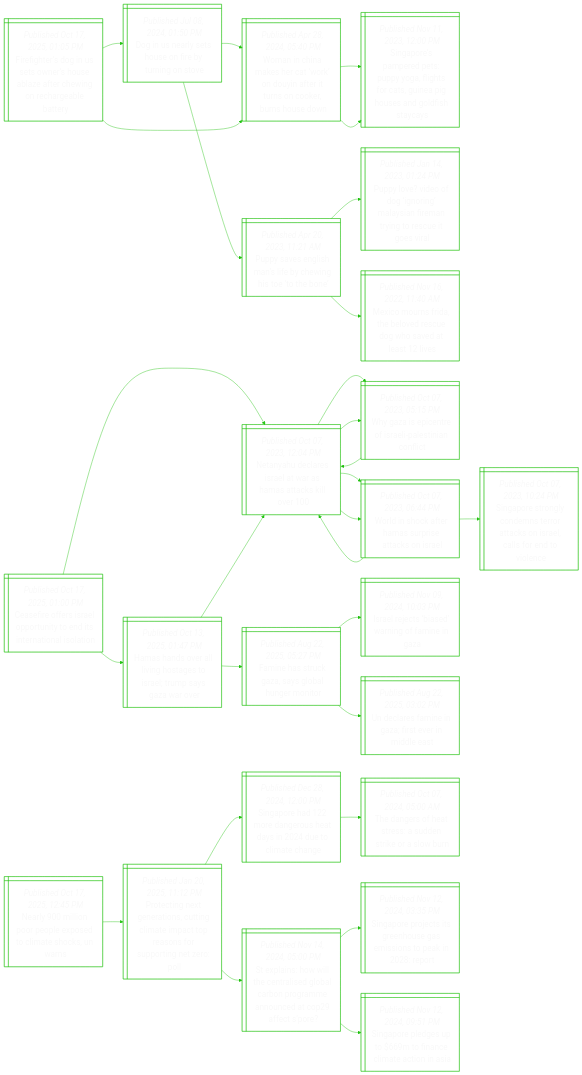
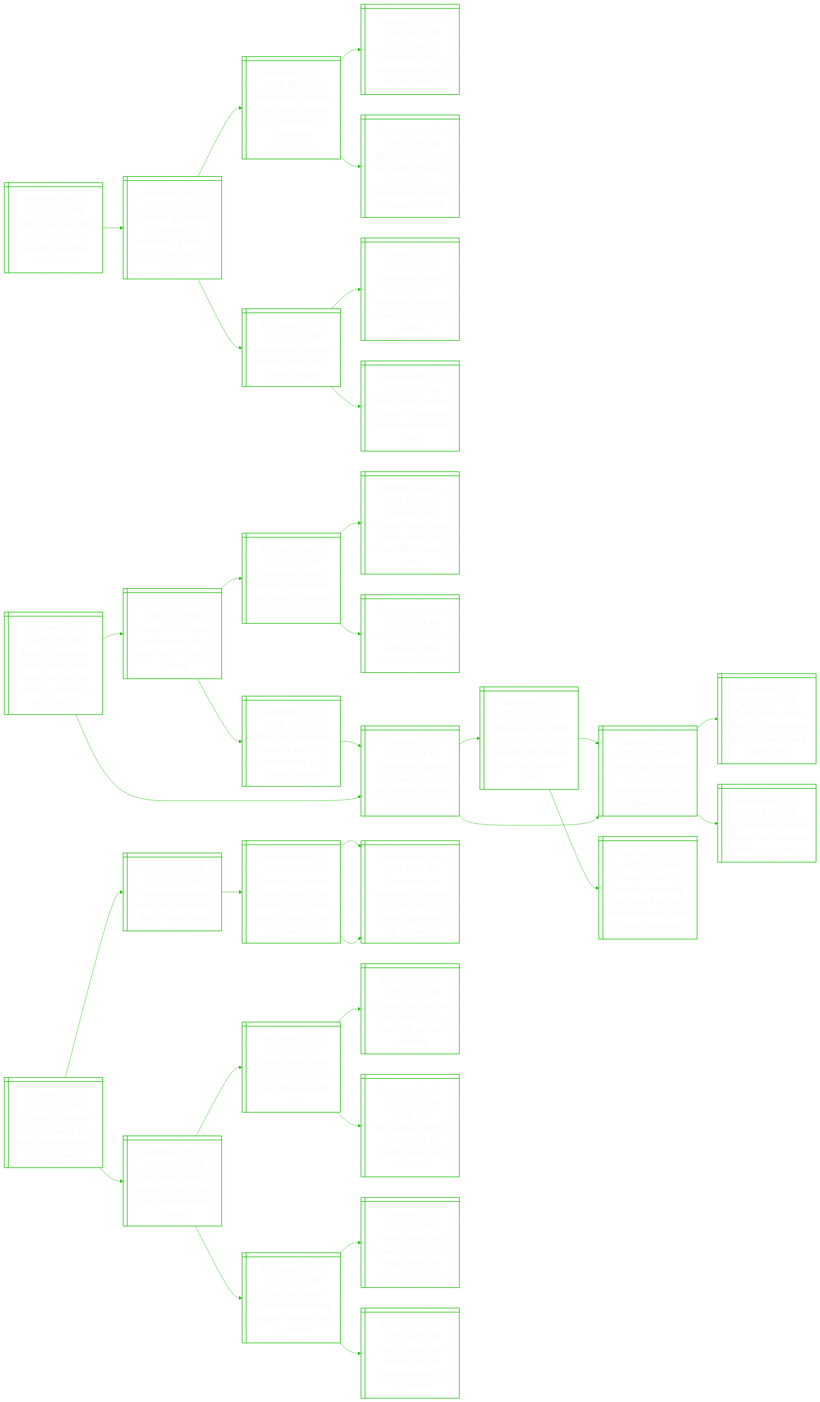
The diagram in README.md (notJmes/notJmes), drawn with Mermaid before and after one commit. The commit also changed other lines of this file, not shown here.

````diff
--- a/README.md
+++ b/README.md
@@ -16,97 +16,109 @@
 flowchart LR
 classDef txtsize font-size:20px;
 
-Firienobacnegee@{ shape: win-pane, label: "_Published Oct 17, 2025, 01:05 PM_
-Firefighter’s dog in us sets owner’s house ablaze after chewing on rechargeable battery" }
-DUrtsitnt@{ shape: win-pane, label: "_Published Jul 08, 2024, 01:50 PM_
-Dog in us nearly sets house on fire by turning on stove" }
-Winecroainobhd@{ shape: win-pane, label: "_Published Apr 28, 2024, 05:40 PM_
-Woman in china makes her cat ‘work’ on douyin after it turns on cooker, burns house down" }
-Spprtpahrgaoalhc@{ shape: win-pane, label: "_Published Nov 11, 2023, 12:00 PM_
-Singapore’s pampered pets: puppy yoga, flights for cats, guinea pig houses and goldfish staycays" }
-PsEssbwitb@{ shape: win-pane, label: "_Published Apr 20, 2023, 11:21 AM_
-Puppy saves english man’s life by chewing his toe ‘to the bone’" }
-Plifgnanmyouor@{ shape: win-pane, label: "_Published Jan 14, 2023, 01:24 PM_
-Puppy love? video of dog ‘ignoring’ malaysian fireman trying to rescue it goes viral" }
-Mondbecgatts@{ shape: win-pane, label: "_Published Nov 16, 2022, 11:40 AM_
-Mexico mourns frida, the beloved rescue dog who saved at least 12 lives" }
-Winecroainobhd@{ shape: win-pane, label: "_Published Apr 28, 2024, 05:40 PM_
-Woman in china makes her cat ‘work’ on douyin after it turns on cooker, burns house down" }
-Spprtpahrgaoalhc@{ shape: win-pane, label: "_Published Nov 11, 2023, 12:00 PM_
-Singapore’s pampered pets: puppy yoga, flights for cats, guinea pig houses and goldfish staycays" }
+VaiiatweActc@{ shape: win-pane, label: "_Published Oct 17, 2025, 07:31 PM_
+Vatican visit by king charles to show closening anglican-catholic ties" }
+Wanrsfeytffecnd@{ shape: win-pane, label: "_Published Oct 03, 2025, 05:12 PM_
+Woman appointed archbishop of canterbury a historic first for the church of england" }
+TmerusdchCrann@{ shape: win-pane, label: "_Published Oct 01, 2025, 10:49 PM_
+Two women seen as front runners ahead of archbishop of canterbury announcement" }
+Aiotrtlsobcl@{ shape: win-pane, label: "_Published Nov 12, 2024, 10:09 PM_
+Archbishop of canterbury justin welby resigns over abuse scandal" }
+BpvoufaanantCeo@{ shape: win-pane, label: "_Published Jan 29, 2025, 04:08 AM_
+Bishop of liverpool accused of sexual assault and harassment, britain’s channel 4 reports" }
+VaupfdeIri@{ shape: win-pane, label: "_Published Oct 03, 2025, 11:05 AM_
+Virtual jesus? people of faith divided as ai enters religion" }
+BnoutuBtonweln@{ shape: win-pane, label: "_Published Feb 14, 2025, 11:49 AM_
+Bhutanese monks, nuns to test buddhabot ai tool to expand knowledge in religion" }
+SchiJipctsha@{ shape: win-pane, label: "_Published Nov 20, 2024, 11:00 PM_
+Swiss church unveils ‘ai jesus’ in art project that melds faith and data" }
 
-Firienobacnegee:::txtsize --> DUrtsitnt:::txtsize
-DUrtsitnt:::txtsize --> Winecroainobhd:::txtsize
-Winecroainobhd:::txtsize --> Spprtpahrgaoalhc:::txtsize
-DUrtsitnt:::txtsize --> PsEssbwitb:::txtsize
-PsEssbwitb:::txtsize --> Plifgnanmyouor:::txtsize
-PsEssbwitb:::txtsize --> Mondbecgatts:::txtsize
-Firienobacnegee:::txtsize --> Winecroainobhd:::txtsize
-Winecroainobhd:::txtsize --> Spprtpahrgaoalhc:::txtsize
+VaiiatweActc:::txtsize --> Wanrsfeytffecnd:::txtsize
+Wanrsfeytffecnd:::txtsize --> TmerusdchCrann:::txtsize
+TmerusdchCrann:::txtsize --> Aiotrtlsobcl:::txtsize
+TmerusdchCrann:::txtsize --> BpvoufaanantCeo:::txtsize
+Wanrsfeytffecnd:::txtsize --> VaupfdeIri:::txtsize
+VaupfdeIri:::txtsize --> BnoutuBtonweln:::txtsize
+VaupfdeIri:::txtsize --> SchiJipctsha:::txtsize
 
-CffIlrtninnoo@{ shape: win-pane, label: "_Published Oct 17, 2025, 01:00 PM_
-Ceasefire offers israel opportunity to end its international isolation" }
-NyeeawHakl@{ shape: win-pane, label: "_Published Oct 07, 2023, 12:04 PM_
-Netanyahu declares israel at war as hamas attacks kill over 100" }
-WzptIleint@{ shape: win-pane, label: "_Published Oct 07, 2023, 05:15 PM_
-Why gaza is epicentre of israeli-palestinian conflict" }
-NyeeawHakl@{ shape: win-pane, label: "_Published Oct 07, 2023, 12:04 PM_
-Netanyahu declares israel at war as hamas attacks kill over 100" }
-Wiceapaks@{ shape: win-pane, label: "_Published Oct 07, 2023, 06:44 PM_
-World in shock after hamas surprise attacks on israel" }
-NyeeawHakl@{ shape: win-pane, label: "_Published Oct 07, 2023, 12:04 PM_
-Netanyahu declares israel at war as hamas attacks kill over 100" }
-SptldtrcIlsnic@{ shape: win-pane, label: "_Published Oct 07, 2023, 10:24 PM_
-Singapore strongly condemns terror attacks on israel, calls for end to violence" }
-Hholissrrazo@{ shape: win-pane, label: "_Published Oct 13, 2025, 01:47 PM_
-Hamas hands over all living hostages to israel; trump says gaza war over" }
-NyeeawHakl@{ shape: win-pane, label: "_Published Oct 07, 2023, 12:04 PM_
-Netanyahu declares israel at war as hamas attacks kill over 100" }
-WzptIleint@{ shape: win-pane, label: "_Published Oct 07, 2023, 05:15 PM_
-Why gaza is epicentre of israeli-palestinian conflict" }
-Wiceapaks@{ shape: win-pane, label: "_Published Oct 07, 2023, 06:44 PM_
-World in shock after hamas surprise attacks on israel" }
-FetGaoumo@{ shape: win-pane, label: "_Published Aug 22, 2025, 05:27 PM_
-Famine has struck gaza, says global hunger monitor" }
-Ilcaagmn@{ shape: win-pane, label: "_Published Nov 09, 2024, 10:03 PM_
-Israel rejects ‘biased’ warning of famine in gaza" }
-Ulfezsrda@{ shape: win-pane, label: "_Published Aug 22, 2025, 03:02 PM_
-Un declares famine in gaza; first ever in middle east" }
+Kisnpihniwbelds@{ shape: win-pane, label: "_Published Oct 17, 2025, 06:50 PM_
+Kremlin says putin-trump summit may happen within two weeks, but there’s a lot to do first" }
+Tttndtrttcke@{ shape: win-pane, label: "_Published Oct 16, 2025, 11:15 PM_
+Trump to meet putin in budapest after ‘great’ call to discuss ukraine" }
+Twarntceydtpni@{ shape: win-pane, label: "_Published Aug 16, 2025, 11:00 AM_
+Takeaways: warm words contrast with cold reality of no deal at trump-putin summit" }
+TaeaZsmdisfegn@{ shape: win-pane, label: "_Published Aug 16, 2025, 07:20 AM_
+Trump advises ukraine’s zelensky to ‘make a deal’ with russia after meeting putin" }
+Hioittrihp@{ shape: win-pane, label: "_Published Aug 16, 2025, 08:34 AM_
+Highlights of putin statement after summit with trump" }
+Wramldirieke@{ shape: win-pane, label: "_Published Oct 15, 2025, 08:35 PM_
+What are tomahawk missiles and why might trump give them to ukraine?" }
+TmpTasskesour@{ shape: win-pane, label: "_Published Oct 13, 2025, 06:24 AM_
+Trump may approve tomahawk missiles for ukraine if russia continues war" }
+TmpTasskesour@{ shape: win-pane, label: "_Published Oct 13, 2025, 06:24 AM_
+Trump may approve tomahawk missiles for ukraine if russia continues war" }
+UnltRaispdmkieks@{ shape: win-pane, label: "_Published Oct 12, 2025, 09:49 PM_
+Ukraine will not strike russian civilians if us provides tomahawk missiles, zelensky says" }
+Tsedtwiloaml@{ shape: win-pane, label: "_Published Oct 07, 2025, 05:52 AM_
+Trump says he would want to know ukraine’s plans for tomahawk missiles" }
+RadoamlurSstaanae@{ shape: win-pane, label: "_Published Oct 08, 2025, 06:17 PM_
+Russia will destroy tomahawk missiles, launchers if us gives them to ukraine, says senior lawmaker" }
+Tsedtwiloaml@{ shape: win-pane, label: "_Published Oct 07, 2025, 05:52 AM_
+Trump says he would want to know ukraine’s plans for tomahawk missiles" }
+Tsuoolrnssai@{ shape: win-pane, label: "_Published Oct 06, 2025, 02:01 AM_
+Trump says putin’s offer on nuclear arms control ‘sounds like a good idea’" }
+Uamlpsrueus@{ shape: win-pane, label: "_Published Oct 03, 2025, 03:15 AM_
+Us tomahawk missile shipments to ukraine unlikely, sources say" }
 
-CffIlrtninnoo:::txtsize --> NyeeawHakl:::txtsize
-NyeeawHakl:::txtsize --> WzptIleint:::txtsize
-WzptIleint:::txtsize --> NyeeawHakl:::txtsize
-NyeeawHakl:::txtsize --> Wiceapaks:::txtsize
-Wiceapaks:::txtsize --> NyeeawHakl:::txtsize
-Wiceapaks:::txtsize --> SptldtrcIlsnic:::txtsize
-CffIlrtninnoo:::txtsize --> Hholissrrazo:::txtsize
-Hholissrrazo:::txtsize --> NyeeawHakl:::txtsize
-NyeeawHakl:::txtsize --> WzptIleint:::txtsize
-NyeeawHakl:::txtsize --> Wiceapaks:::txtsize
-Hholissrrazo:::txtsize --> FetGaoumo:::txtsize
-FetGaoumo:::txtsize --> Ilcaagmn:::txtsize
-FetGaoumo:::txtsize --> Ulfezsrda:::txtsize
+Kisnpihniwbelds:::txtsize --> Tttndtrttcke:::txtsize
+Tttndtrttcke:::txtsize --> Twarntceydtpni:::txtsize
+Twarntceydtpni:::txtsize --> TaeaZsmdisfegn:::txtsize
+Twarntceydtpni:::txtsize --> Hioittrihp:::txtsize
+Tttndtrttcke:::txtsize --> Wramldirieke:::txtsize
+Wramldirieke:::txtsize --> TmpTasskesour:::txtsize
+Kisnpihniwbelds:::txtsize --> TmpTasskesour:::txtsize
+TmpTasskesour:::txtsize --> UnltRaispdmkieks:::txtsize
+UnltRaispdmkieks:::txtsize --> Tsedtwiloaml:::txtsize
+UnltRaispdmkieks:::txtsize --> RadoamlurSstaanae:::txtsize
+TmpTasskesour:::txtsize --> Tsedtwiloaml:::txtsize
+Tsedtwiloaml:::txtsize --> Tsuoolrnssai:::txtsize
+Tsedtwiloaml:::txtsize --> Uamlpsrueus:::txtsize
 
-NyiopptmhUn@{ shape: win-pane, label: "_Published Oct 17, 2025, 12:45 PM_
-Nearly 900 million poor people exposed to climate shocks, un warns" }
-PcnetcnmmtafpitP@{ shape: win-pane, label: "_Published Jan 20, 2025, 11:12 PM_
-Protecting next generations, cutting climate impact top reasons for supporting net zero: poll" }
-Spaeehadctn@{ shape: win-pane, label: "_Published Dec 28, 2024, 12:00 PM_
-Singapore had 122 more dangerous heat days in 2024 due to climate change" }
-Tnotsdtoon@{ shape: win-pane, label: "_Published Oct 07, 2024, 05:00 AM_
-The dangers of heat stress: a sudden strike or a slow burn" }
-SlHlcadabomodPcr@{ shape: win-pane, label: "_Published Nov 14, 2024, 05:00 PM_
-St explains: how will the centralised global carbon programme announced at cop29 affect s’pore?" }
-SprtghgineRt@{ shape: win-pane, label: "_Published Nov 12, 2024, 03:35 PM_
-Singapore projects its greenhouse gas emissions to peak in 2028: report" }
-SplsmnctiA@{ shape: win-pane, label: "_Published Nov 12, 2024, 09:51 PM_
-Singapore pledges up to $669m to finance climate action in asia" }
+Useotgdscfuee@{ shape: win-pane, label: "_Published Oct 17, 2025, 06:35 PM_
+Un says 560 tonnes of food entering gaza daily since ceasefire, but more needed" }
+Tdrzooetum@{ shape: win-pane, label: "_Published Oct 13, 2025, 05:59 AM_
+Trump declares gaza war ‘over’; hostages due to return home" }
+AtHfezerydatoGel@{ shape: win-pane, label: "_Published Sep 30, 2025, 06:45 AM_
+Amnesty for hamas fighters, gaza to be governed by ‘board of peace’: details of the gaza peace plan" }
+Tseaupoabmrnluo@{ shape: win-pane, label: "_Published Sep 30, 2025, 12:11 AM_
+Trump secures netanyahu’s support for gaza deal, but hamas’ agreement still in question" }
+Tseaupoabmrnluo@{ shape: win-pane, label: "_Published Sep 30, 2025, 12:11 AM_
+Trump secures netanyahu’s support for gaza deal, but hamas’ agreement still in question" }
+Auotamneead@{ shape: win-pane, label: "_Published Oct 15, 2025, 06:10 PM_
+Aid trucks roll into gaza as hamas hands over more hostage bodies" }
+Hhooeeearnc@{ shape: win-pane, label: "_Published Oct 15, 2025, 06:24 AM_
+Hamas hands over hostage bodies after israel threatens aid cut" }
+Tsausrsdaol@{ shape: win-pane, label: "_Published Oct 15, 2025, 03:10 AM_
+Trump says hamas must disarm or be disarmed, perhaps violently" }
+Thtndrltasact@{ shape: win-pane, label: "_Published Oct 14, 2025, 01:41 AM_
+Trump hails ‘tremendous day for middle east’ as leaders sign gaza declaration" }
+Tsscretniali@{ shape: win-pane, label: "_Published Oct 16, 2025, 12:10 AM_
+Trump says israel could resume fighting in gaza if hamas fails to disarm" }
+Hcewfkntrnucr@{ shape: win-pane, label: "_Published Oct 14, 2025, 12:30 AM_
+Hamas carries out wave of gaza killings, citing crime and security concerns" }
+Hstaoltesnv@{ shape: win-pane, label: "_Published Oct 16, 2025, 04:51 AM_
+Hamas says it has handed over all hostage remains it can recover" }
 
-NyiopptmhUn:::txtsize --> PcnetcnmmtafpitP:::txtsize
-PcnetcnmmtafpitP:::txtsize --> Spaeehadctn:::txtsize
-Spaeehadctn:::txtsize --> Tnotsdtoon:::txtsize
-PcnetcnmmtafpitP:::txtsize --> SlHlcadabomodPcr:::txtsize
-SlHlcadabomodPcr:::txtsize --> SprtghgineRt:::txtsize
-SlHlcadabomodPcr:::txtsize --> SplsmnctiA:::txtsize
+Useotgdscfuee:::txtsize --> Tdrzooetum:::txtsize
+Tdrzooetum:::txtsize --> AtHfezerydatoGel:::txtsize
+AtHfezerydatoGel:::txtsize --> Tseaupoabmrnluo:::txtsize
+AtHfezerydatoGel:::txtsize --> Tseaupoabmrnluo:::txtsize
+Useotgdscfuee:::txtsize --> Auotamneead:::txtsize
+Auotamneead:::txtsize --> Hhooeeearnc:::txtsize
+Hhooeeearnc:::txtsize --> Tsausrsdaol:::txtsize
+Hhooeeearnc:::txtsize --> Thtndrltasact:::txtsize
+Auotamneead:::txtsize --> Tsscretniali:::txtsize
+Tsscretniali:::txtsize --> Hcewfkntrnucr:::txtsize
+Tsscretniali:::txtsize --> Hstaoltesnv:::txtsize
 
 ```
````
